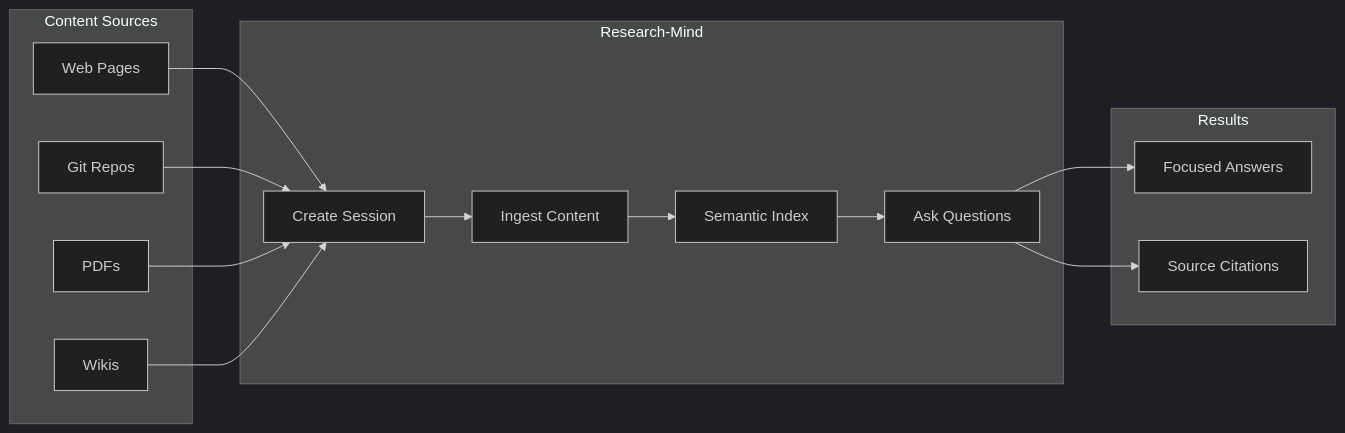
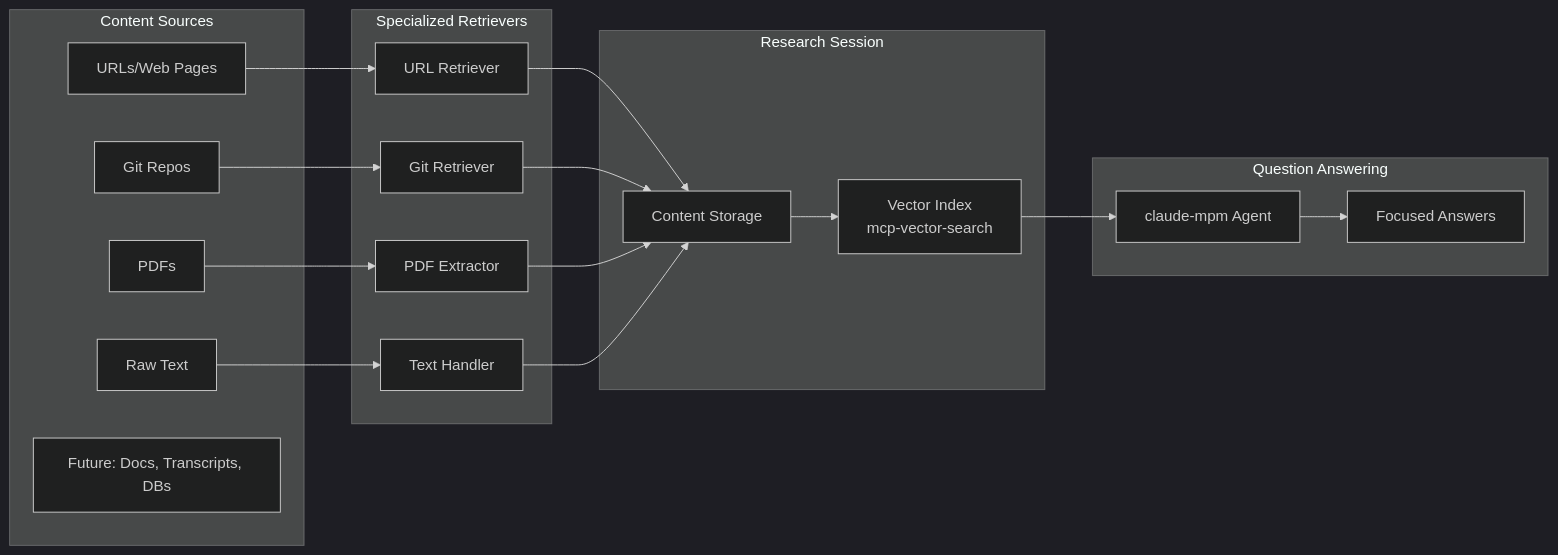
One commit to MacPhobos/research-mind changed the first of 3 diagrams in docs/summary/executive-summary.md. Above: the diagram before and after it, drawn with Mermaid (dark theme). The commit also changed other lines of this file and 2 other files, not shown here.

````diff
--- a/docs/summary/executive-summary.md
+++ b/docs/summary/executive-summary.md
@@ -42,29 +83,33 @@
 ```mermaid
 flowchart LR
-    subgraph Input["Content Sources"]
-        A[Web Pages]
+    subgraph Sources["Content Sources"]
+        A[URLs/Web Pages]
         B[Git Repos]
         C[PDFs]
-        D[Wikis]
+        D[Raw Text]
+        E[Future: Docs, Transcripts, DBs]
     end
 
-    subgraph Process["Research-Mind"]
-        E[Create Session]
-        F[Ingest Content]
-        G[Semantic Index]
-        H[Ask Questions]
+    subgraph Retrievers["Specialized Retrievers"]
+        R1[URL Retriever]
+        R2[Git Retriever]
+        R3[PDF Extractor]
+        R4[Text Handler]
     end
 
-    subgraph Output["Results"]
-        I[Focused Answers]
-        J[Source Citations]
+    subgraph Session["Research Session"]
+        F[Content Storage]
+        G[Vector Index<br>mcp-vector-search]
     end
 
-    A --> E
-    B --> E
-    C --> E
-    D --> E
-    E --> F --> G --> H
-    H --> I
-    H --> J
+    subgraph QA["Question Answering"]
+        H[claude-mpm Agent]
+        I[Focused Answers]
+    end
+
+    A --> R1 --> F
+    B --> R2 --> F
+    C --> R3 --> F
+    D --> R4 --> F
+    F --> G --> H --> I
 ```
````
